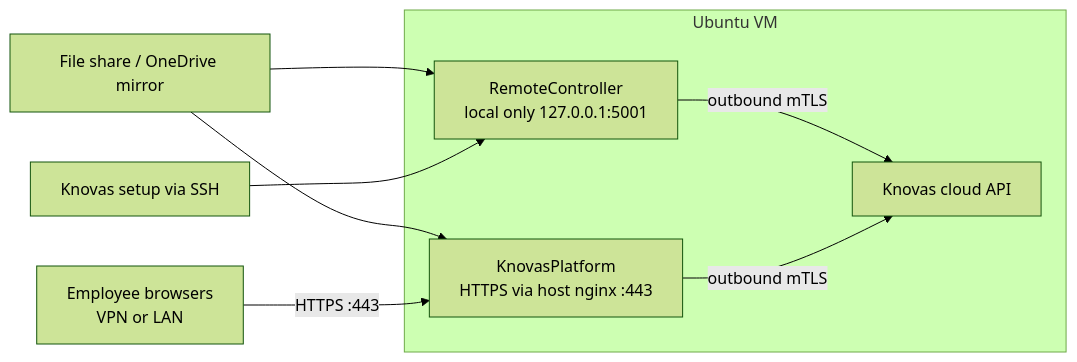
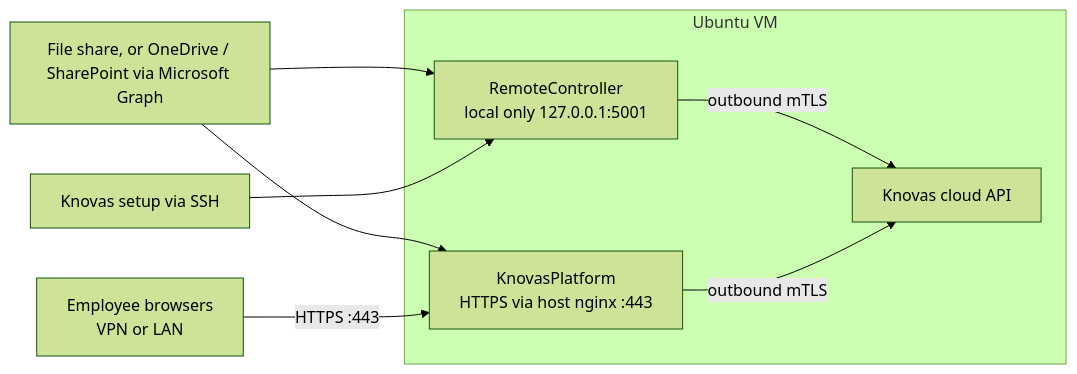
Before and after one commit to Seifeddini/KnovasComponents: the diagram in docs/hosting-requirements.md, drawn with Mermaid (forest theme). The commit also changed other lines of this file and 25 other files, not shown here.

First line of the commit message:
feat: KNOVAS_DOCUMENTS_URL -- one setting for OneDrive and SharePoint

````diff
--- a/docs/hosting-requirements.md
+++ b/docs/hosting-requirements.md
@@ -30,13 +30,13 @@
 ```mermaid
 flowchart LR
   subgraph vm [Ubuntu VM]
     RC["RemoteController\nlocal only 127.0.0.1:5001"]
     KP["KnovasPlatform\nHTTPS via host nginx :443"]
     RC -->|"outbound mTLS"| Cloud["Knovas cloud API"]
     KP -->|"outbound mTLS"| Cloud
   end
-  Share["File share / OneDrive mirror"] --> RC
+  Share["File share, or OneDrive / SharePoint via Microsoft Graph"] --> RC
   Share --> KP
   Users["Employee browsers\nVPN or LAN"] -->|"HTTPS :443"| KP
   Admin["Knovas setup via SSH"] --> RC
 ```
````
